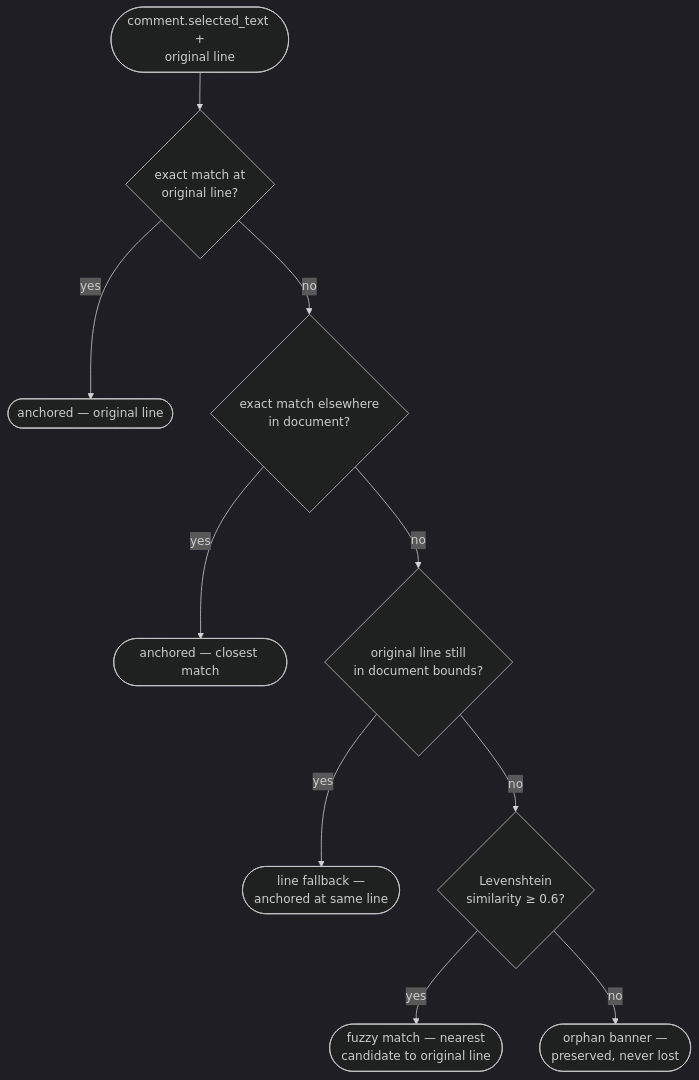
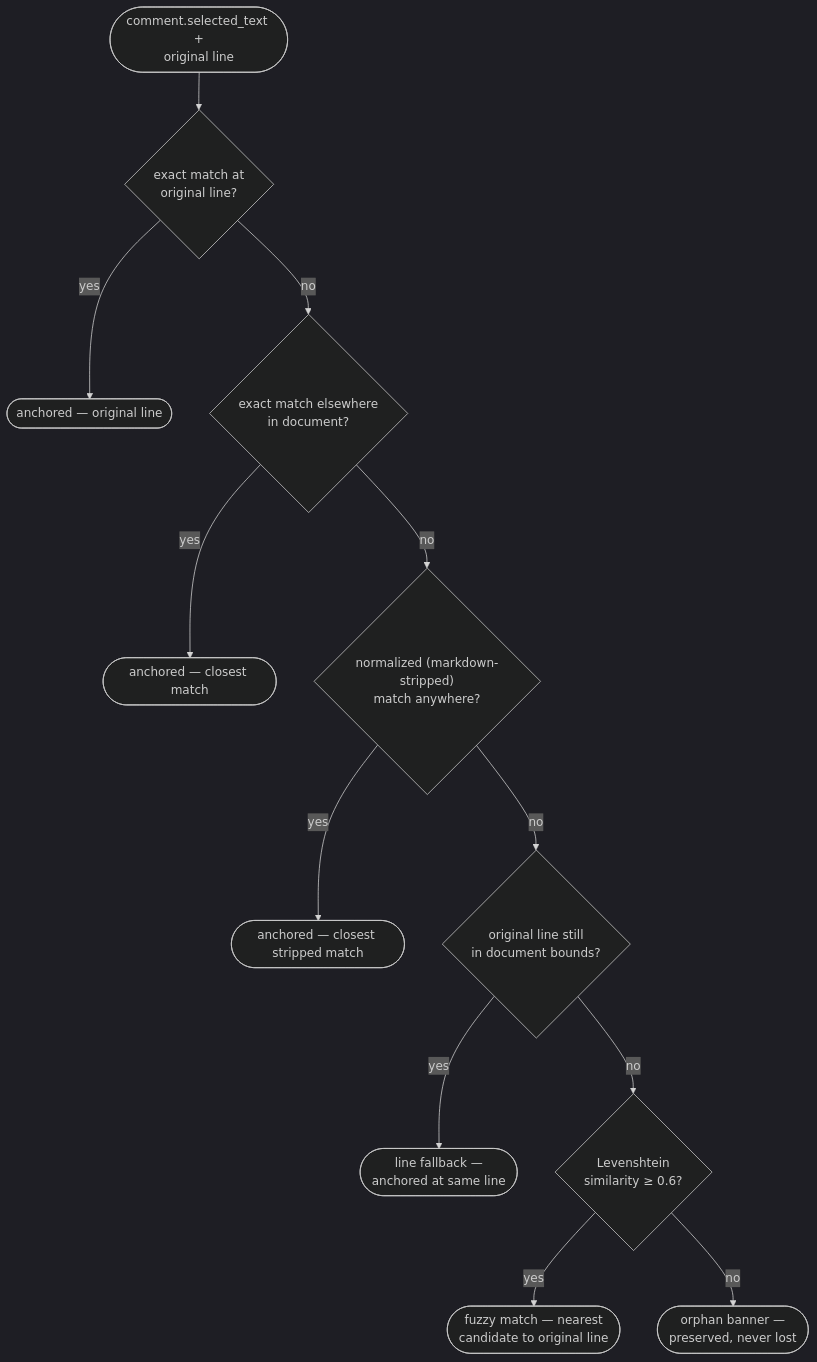
Before and after one commit to dryotta/mDown-reView: the third of 3 diagrams in docs/architecture.md, drawn with Mermaid (dark theme). The commit also changed other lines of this file and 13 other files, not shown here.

````diff
--- a/docs/architecture.md
+++ b/docs/architecture.md
@@ -171,12 +172,14 @@
 ```mermaid
 flowchart TD
     Start(["comment.selected_text +<br/>original line"]) --> S1{"exact match at<br/>original line?"}
     S1 -- "yes" --> A1(["anchored — original line"])
     S1 -- "no" --> S1b{"exact match elsewhere<br/>in document?"}
     S1b -- "yes" --> A2(["anchored — closest match"])
-    S1b -- "no" --> S2{"original line still<br/>in document bounds?"}
+    S1b -- "no" --> S1c{"normalized (markdown-stripped)<br/>match anywhere?"}
+    S1c -- "yes" --> A2b(["anchored — closest stripped match"])
+    S1c -- "no" --> S2{"original line still<br/>in document bounds?"}
     S2 -- "yes" --> A3(["line fallback —<br/>anchored at same line"])
     S2 -- "no" --> S3{"Levenshtein<br/>similarity ≥ 0.6?"}
     S3 -- "yes" --> A4(["fuzzy match — nearest<br/>candidate to original line"])
     S3 -- "no" --> Orphan(["orphan banner —<br/>preserved, never lost"])
 ```
````
